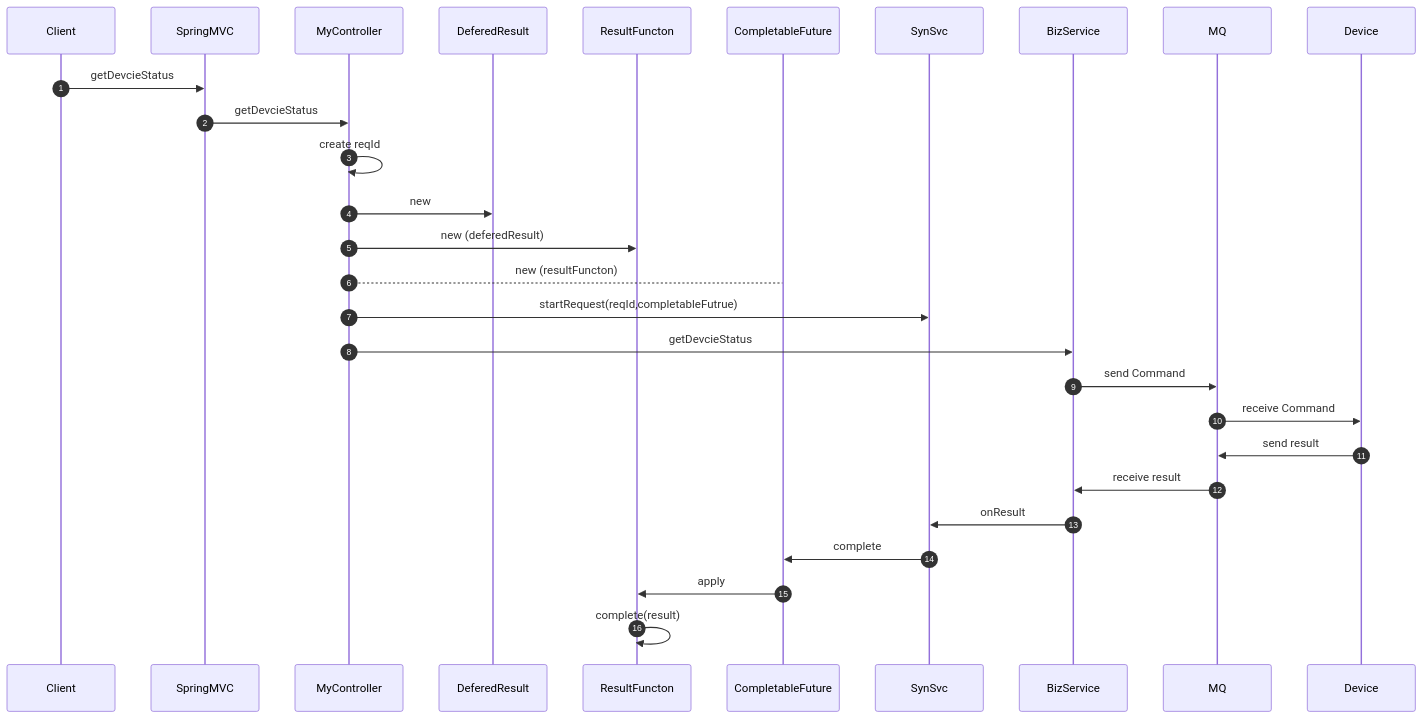
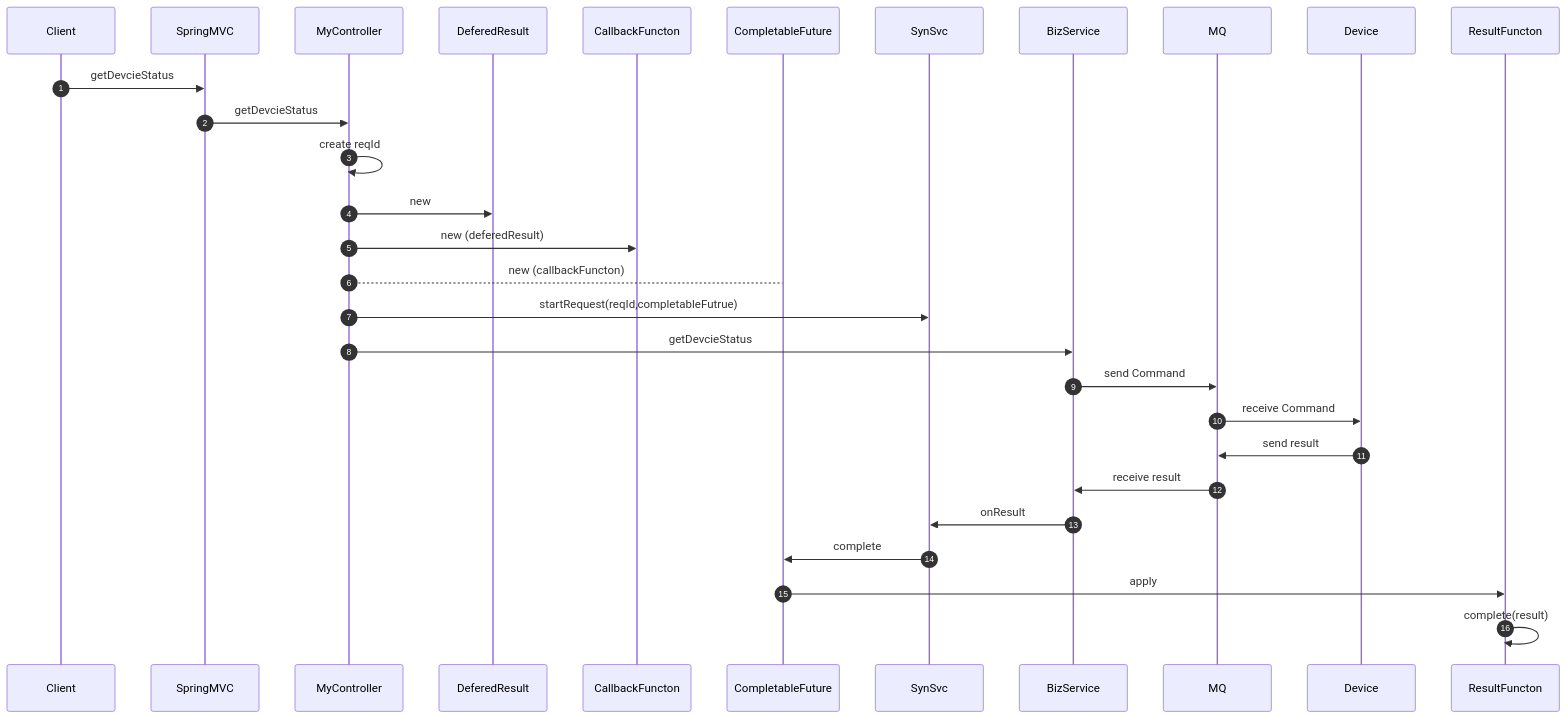
The diagram in spring/asyn2syn.md (zhoujh/notes), drawn with Mermaid before and after one commit.

Commit message:
asyn2syn

`````diff
--- a/spring/asyn2syn.md
+++ b/spring/asyn2syn.md
@@ -198,24 +198,24 @@
 ````mermaid
 sequenceDiagram
     autonumber
     participant Client
     participant SpringMVC
     Client ->>SpringMVC: getDevcieStatus
     SpringMVC ->> MyController: getDevcieStatus
     MyController ->>MyController: create reqId
     MyController ->>DeferedResult: new
-    MyController ->>ResultFuncton: new (deferedResult)
-    MyController -->CompletableFuture: new (resultFuncton)
+    MyController ->>CallbackFuncton: new (deferedResult)
+    MyController -->CompletableFuture: new (callbackFuncton)
     MyController ->> SynSvc: startRequest(reqId,completableFutrue)
     MyController ->> BizService: getDevcieStatus
     BizService   ->> MQ: send  Command
     MQ           ->> Device:  receive Command
     Device       ->> MQ: send result  
     MQ           ->> BizService: receive result
     BizService   ->> SynSvc: onResult
     SynSvc       ->> CompletableFuture: complete
     CompletableFuture ->> ResultFuncton: apply
     ResultFuncton   ->> ResultFuncton: complete(result)
 
 
 ````
`````
